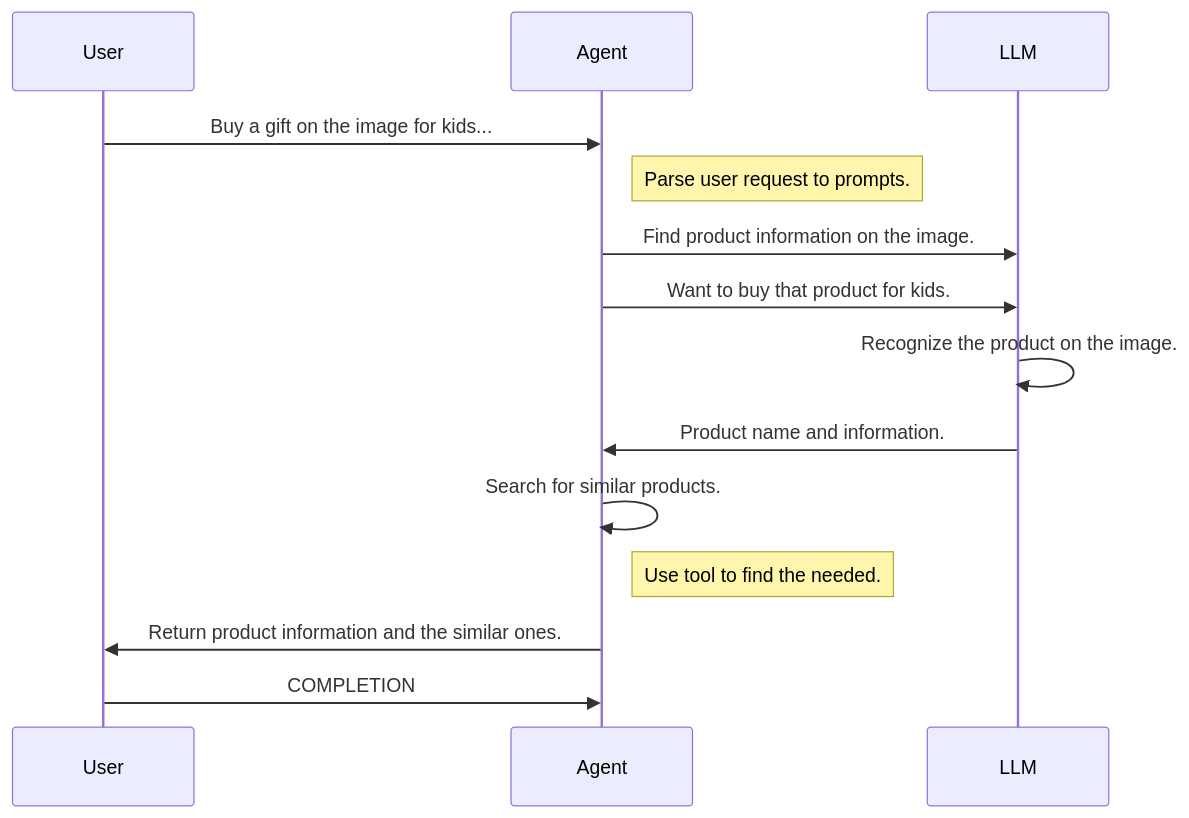
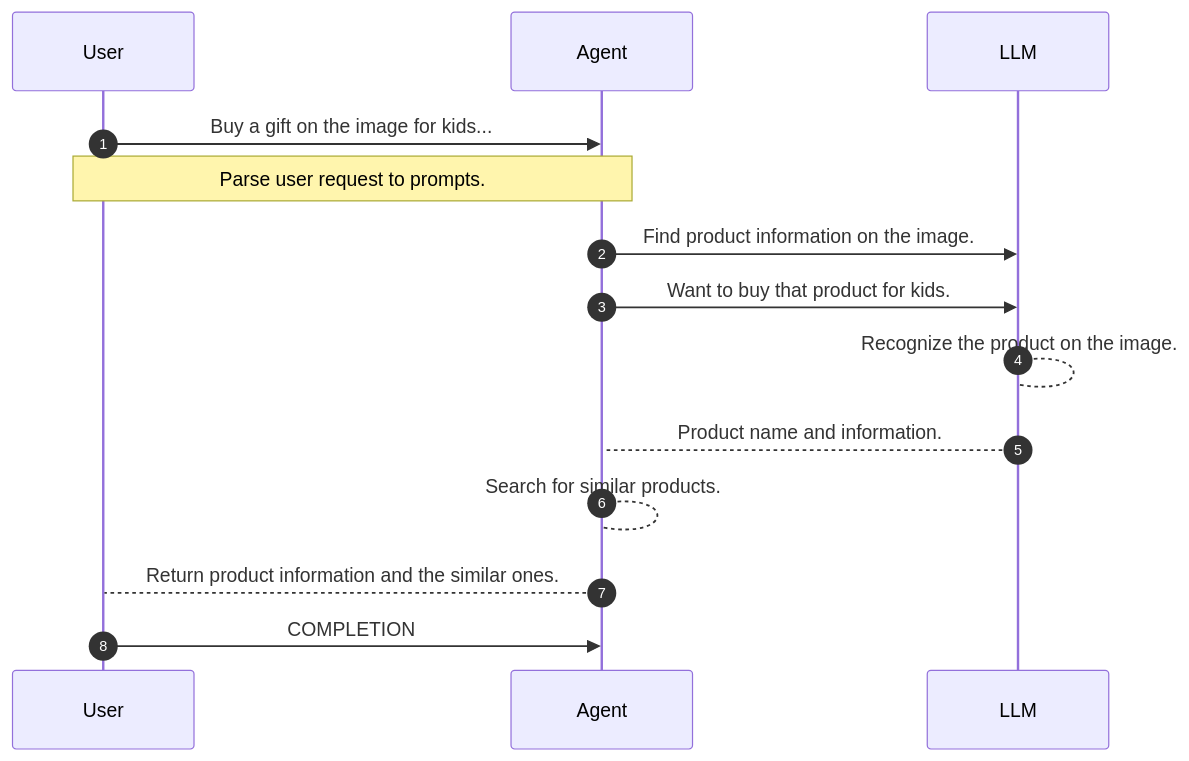
The second of 4 diagrams in _posts/2024-11-31-service-as-a-software.md (yueguoguo/yueguoguo.github.io), drawn with Mermaid before and after one commit. The commit also changed other lines of this file, not shown here.

Commit message:
update diagram

```diff
--- a/_posts/2024-11-31-service-as-a-software.md
+++ b/_posts/2024-11-31-service-as-a-software.md
@@ -144,13 +145,13 @@
 <div class="mermaid">
 sequenceDiagram
+    autonumber
     User->>Agent: Buy a gift on the image for kids...
-    Note right of Agent: Parse user request to prompts.
+    Note over User,Agent: Parse user request to prompts.
     Agent->>LLM: Find product information on the image.
     Agent->>LLM: Want to buy that product for kids.
-    LLM->>LLM: Recognize the product on the image. 
-    LLM->>Agent: Product name and information.
-    Agent->>Agent: Search for similar products.
-    Note right of Agent: Use tool to find the needed.
-    Agent->>User: Return product information and the similar ones.
+    LLM-->LLM: Recognize the product on the image. 
+    LLM-->Agent: Product name and information.
+    Agent-->Agent: Search for similar products.
+    Agent-->User: Return product information and the similar ones.
     User->>Agent: COMPLETION
 </div>
```
